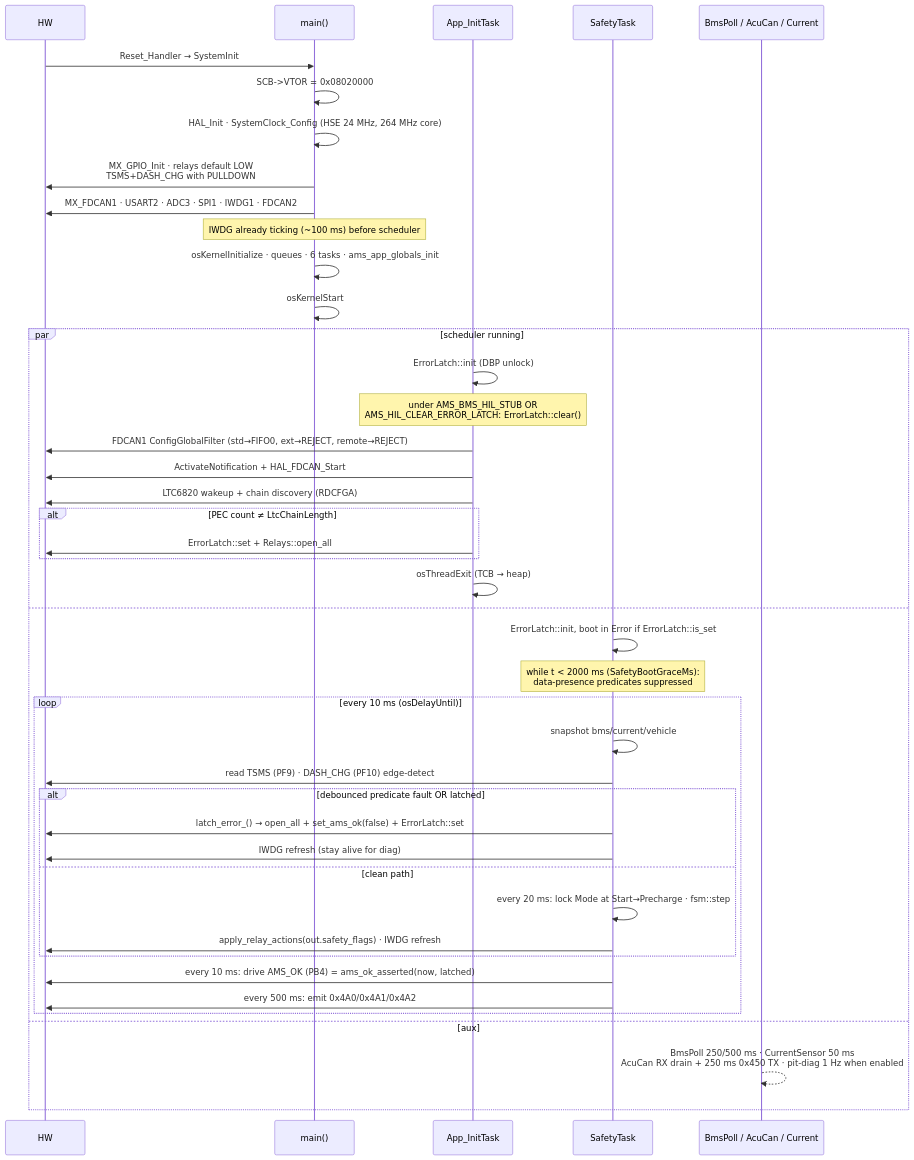
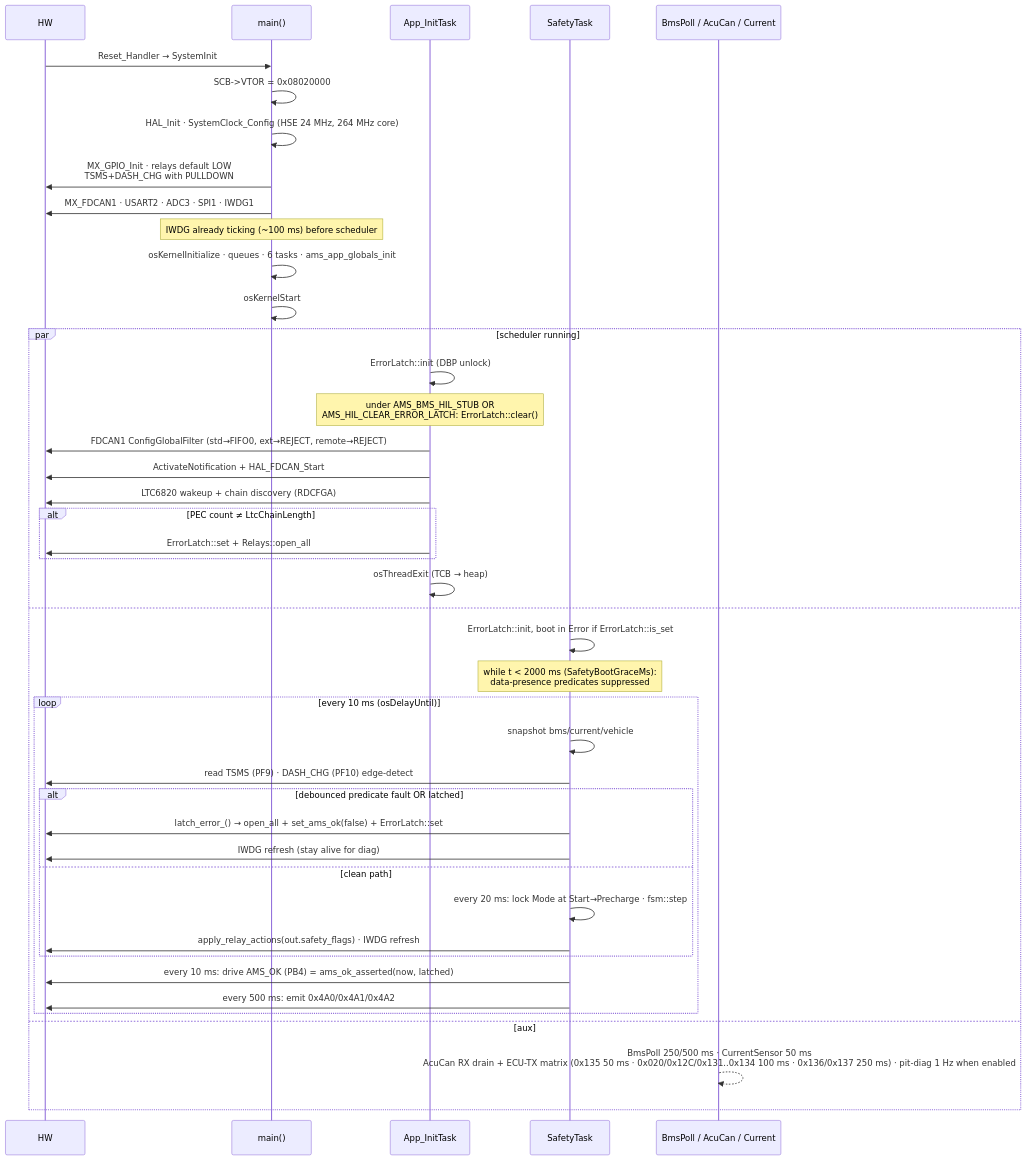
The second of 4 diagrams in docs/DEEP_DIVE.md (isc-fs/IFS08-CE-AMS), drawn with Mermaid before and after one commit. The commit also changed other lines of this file and 15 other files, not shown here.

````diff
--- a/docs/DEEP_DIVE.md
+++ b/docs/DEEP_DIVE.md
@@ -95,47 +95,47 @@
 ```mermaid
 sequenceDiagram
   participant HW
   participant main as main()
   participant init as App_InitTask
   participant ST as SafetyTask
   participant aux as BmsPoll / AcuCan / Current
 
   HW->>main: Reset_Handler → SystemInit
   main->>main: SCB->VTOR = 0x08020000
   main->>main: HAL_Init · SystemClock_Config (HSE 24 MHz, 264 MHz core)
   main->>HW: MX_GPIO_Init · relays default LOW<br/>TSMS+DASH_CHG with PULLDOWN
-  main->>HW: MX_FDCAN1 · USART2 · ADC3 · SPI1 · IWDG1 · FDCAN2
+  main->>HW: MX_FDCAN1 · USART2 · ADC3 · SPI1 · IWDG1
   Note over main: IWDG already ticking (~100 ms) before scheduler
   main->>main: osKernelInitialize · queues · 6 tasks · ams_app_globals_init
   main->>main: osKernelStart
 
   par scheduler running
     init->>init: ErrorLatch::init (DBP unlock)
     Note over init: under AMS_BMS_HIL_STUB OR<br/>AMS_HIL_CLEAR_ERROR_LATCH: ErrorLatch::clear()
     init->>HW: FDCAN1 ConfigGlobalFilter (std→FIFO0, ext→REJECT, remote→REJECT)
     init->>HW: ActivateNotification + HAL_FDCAN_Start
     init->>HW: LTC6820 wakeup + chain discovery (RDCFGA)
     alt PEC count ≠ LtcChainLength
       init->>HW: ErrorLatch::set + Relays::open_all
     end
     init->>init: osThreadExit (TCB → heap)
   and
     ST->>ST: ErrorLatch::init, boot in Error if ErrorLatch::is_set
     Note over ST: while t < 2000 ms (SafetyBootGraceMs):<br/>data-presence predicates suppressed
     loop every 10 ms (osDelayUntil)
       ST->>ST: snapshot bms/current/vehicle
       ST->>HW: read TSMS (PF9) · DASH_CHG (PF10) edge-detect
       alt debounced predicate fault OR latched
         ST->>HW: latch_error_() → open_all + set_ams_ok(false) + ErrorLatch::set
         ST->>HW: IWDG refresh (stay alive for diag)
       else clean path
         ST->>ST: every 20 ms: lock Mode at Start→Precharge · fsm::step
         ST->>HW: apply_relay_actions(out.safety_flags) · IWDG refresh
       end
       ST->>HW: every 10 ms: drive AMS_OK (PB4) = ams_ok_asserted(now, latched)
       ST->>HW: every 500 ms: emit 0x4A0/0x4A1/0x4A2
     end
   and aux
-    aux-->>aux: BmsPoll 250/500 ms · CurrentSensor 50 ms<br/>AcuCan RX drain + 250 ms 0x450 TX · pit-diag 1 Hz when enabled
+    aux-->>aux: BmsPoll 250/500 ms · CurrentSensor 50 ms<br/>AcuCan RX drain + ECU-TX matrix (0x135 50 ms · 0x020/0x12C/0x131..0x134 100 ms · 0x136/0x137 250 ms) · pit-diag 1 Hz when enabled
   end
 ```
````
